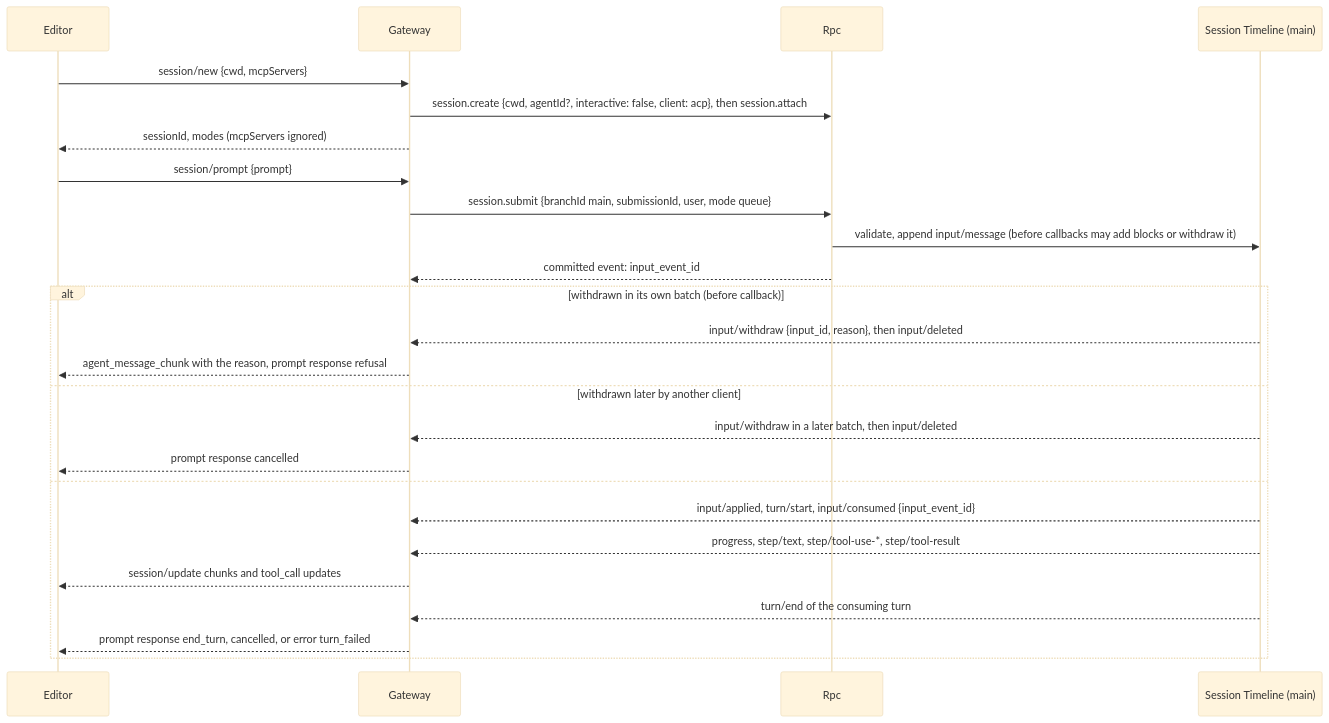
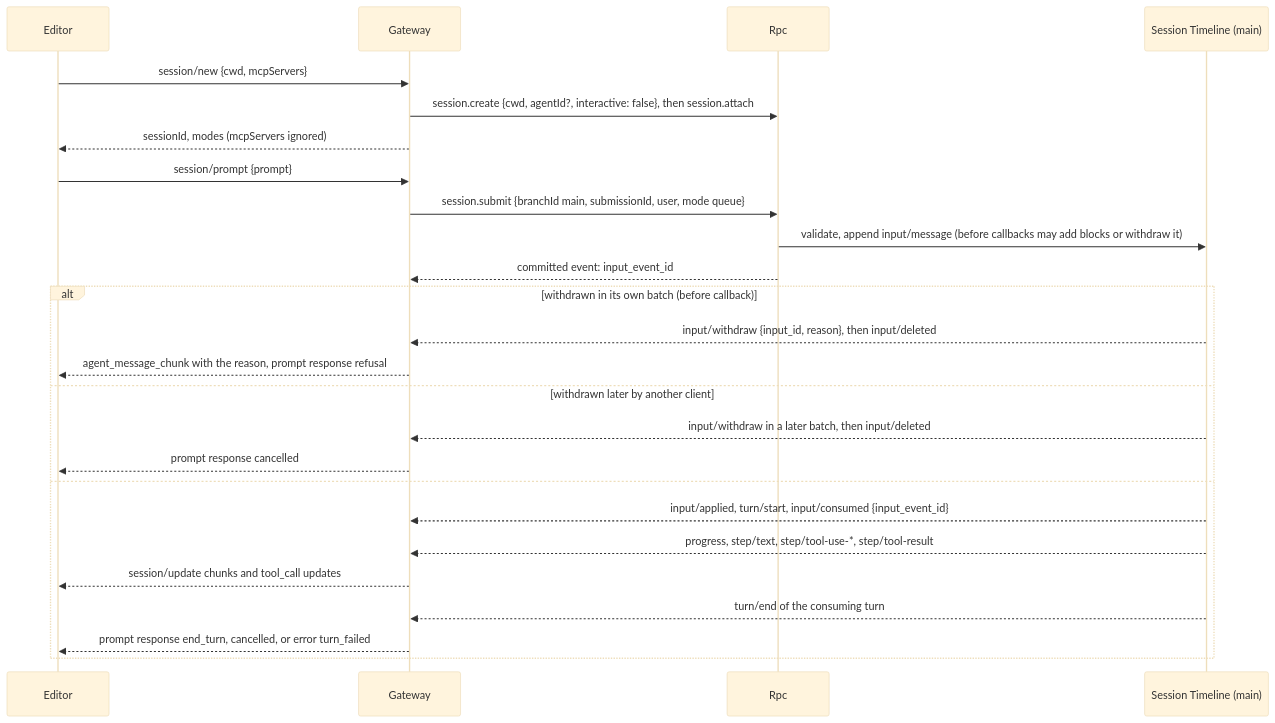
The third of 5 diagrams in docs/design/plugins/AcpGateway.md (CoutinhoTTS/dim-agent), drawn with Mermaid (base theme) before and after one commit. The commit also changed other lines of this file and 27 other files, not shown here.

````diff
--- a/docs/design/plugins/AcpGateway.md
+++ b/docs/design/plugins/AcpGateway.md
@@ -67,27 +67,27 @@
 ```mermaid
 sequenceDiagram
   participant E as Editor
   participant G as Gateway
   participant R as Rpc
   participant TL as Session Timeline (main)
   E->>G: session/new {cwd, mcpServers}
-  G->>R: session.create {cwd, agentId?, interactive: false, client: acp}, then session.attach
+  G->>R: session.create {cwd, agentId?, interactive: false}, then session.attach
   G-->>E: sessionId, modes (mcpServers ignored)
   E->>G: session/prompt {prompt}
   G->>R: session.submit {branchId main, submissionId, user, mode queue}
   R->>TL: validate, append input/message (before callbacks may add blocks or withdraw it)
   R-->>G: committed event: input_event_id
   alt withdrawn in its own batch (before callback)
     TL-->>G: input/withdraw {input_id, reason}, then input/deleted
     G-->>E: agent_message_chunk with the reason, prompt response refusal
   else withdrawn later by another client
     TL-->>G: input/withdraw in a later batch, then input/deleted
     G-->>E: prompt response cancelled
   else
   TL-->>G: input/applied, turn/start, input/consumed {input_event_id}
   TL-->>G: progress, step/text, step/tool-use-*, step/tool-result
   G-->>E: session/update chunks and tool_call updates
   TL-->>G: turn/end of the consuming turn
   G-->>E: prompt response end_turn, cancelled, or error turn_failed
   end
 ```
````
